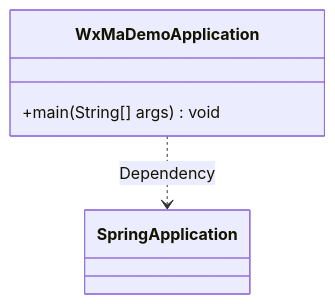
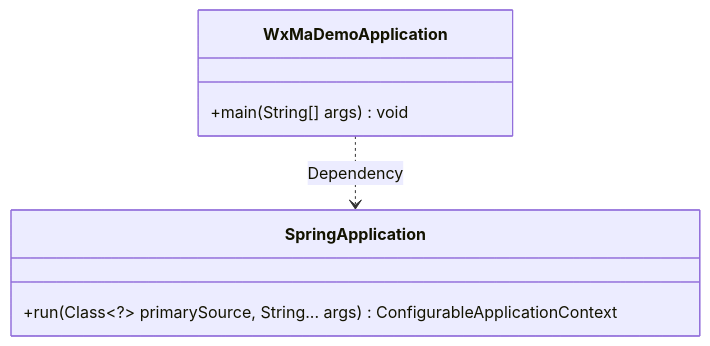
The first of 2 diagrams in docs/en/docs/src/main/java/com/github/binarywang/demo/wx/miniapp/WxMaDemoApplication.md (v-wjrong/rongwj666_weixin-java-miniapp-demo), drawn with Mermaid before and after one commit. The commit also changed other lines of this file and 49 other files, not shown here.

````diff
--- a/docs/en/docs/src/main/java/com/github/binarywang/demo/wx/miniapp/WxMaDemoApplication.md
+++ b/docs/en/docs/src/main/java/com/github/binarywang/demo/wx/miniapp/WxMaDemoApplication.md
@@ -36,7 +36,10 @@
 ```mermaid
 classDiagram
     class WxMaDemoApplication {
         +main(String[] args) void
     }
     WxMaDemoApplication ..> SpringApplication : Dependency
+    class SpringApplication {
+        +run(Class~?~ primarySource, String... args) ConfigurableApplicationContext
+    }
 ```
````
